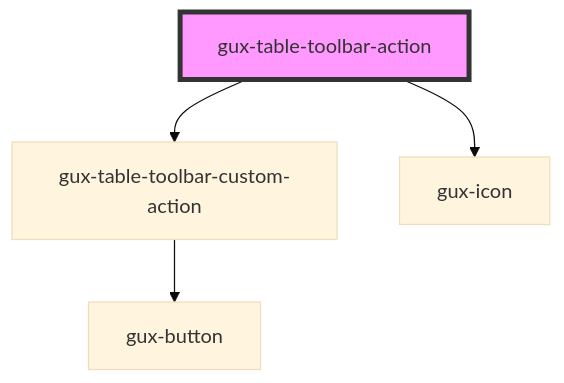
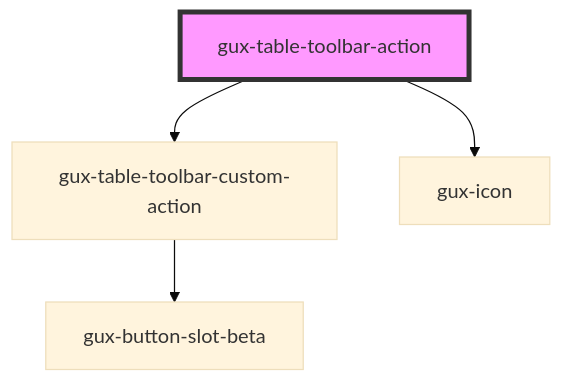
One commit to MyPureCloud/genesys-spark changed the diagram in src/components/beta/gux-table-toolbar/gux-table-toolbar-action/readme.md. Above: the diagram before and after it, drawn with Mermaid (base theme). The commit also changed 4 other files, not shown here.

First line of the commit message:
feat(table-toolbar): utilize button-slot of button

````diff
--- a/src/components/beta/gux-table-toolbar/gux-table-toolbar-action/readme.md
+++ b/src/components/beta/gux-table-toolbar/gux-table-toolbar-action/readme.md
@@ -25,7 +25,7 @@
 ```mermaid
 graph TD;
   gux-table-toolbar-action --> gux-table-toolbar-custom-action
   gux-table-toolbar-action --> gux-icon
-  gux-table-toolbar-custom-action --> gux-button
+  gux-table-toolbar-custom-action --> gux-button-slot-beta
   style gux-table-toolbar-action fill:#f9f,stroke:#333,stroke-width:4px
 ```
````
